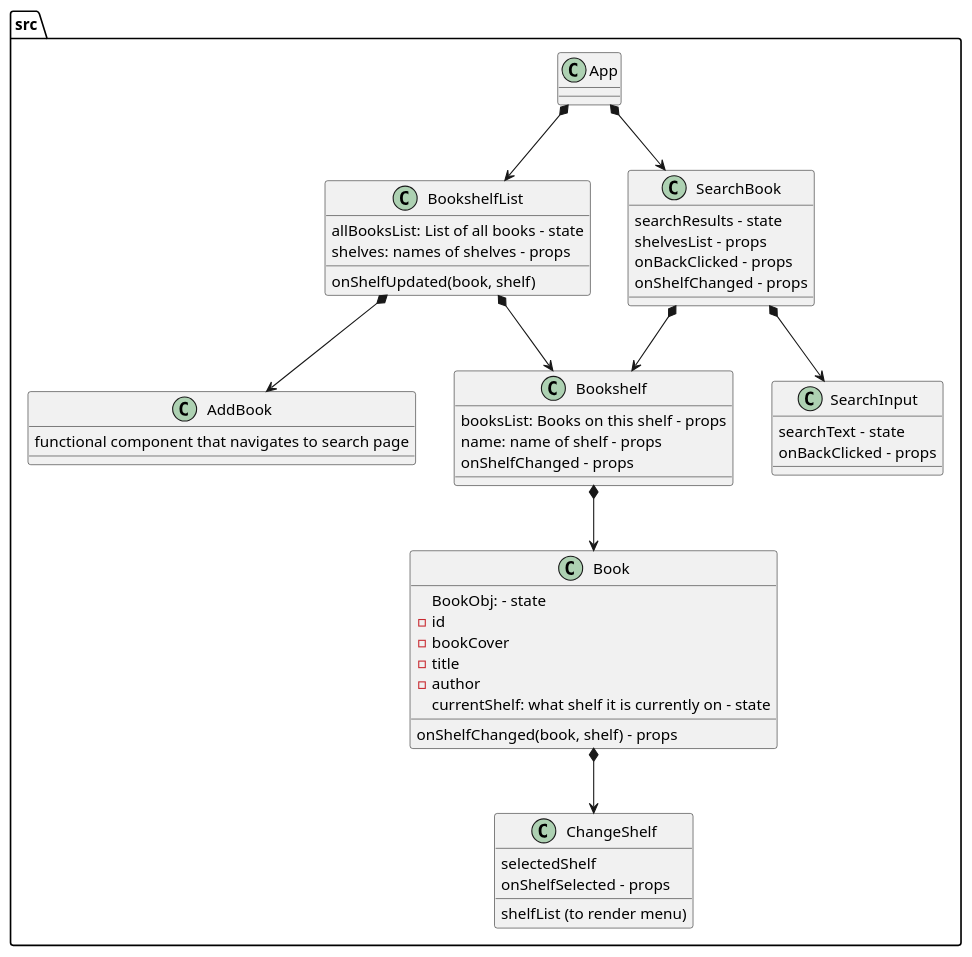
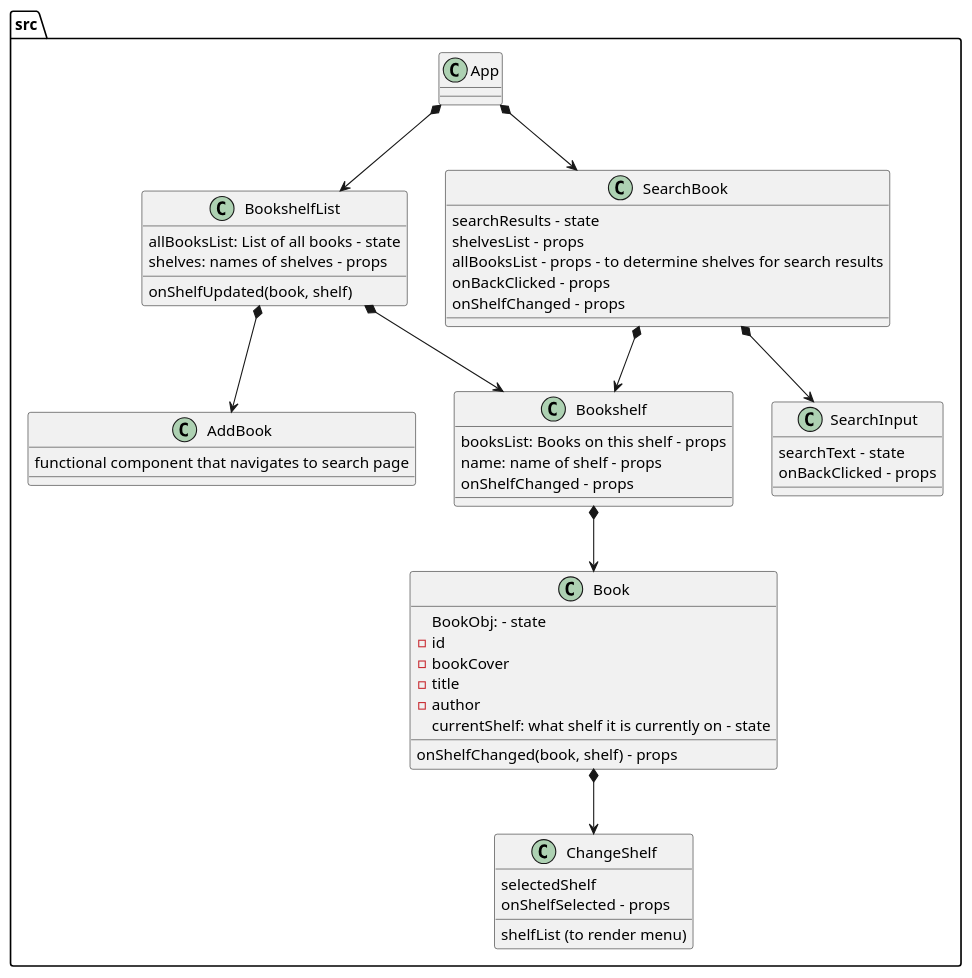
The diagram in SolutionDesign/SolutionDesign.wsd (katsa9/MyReads), drawn with PlantUML before and after one commit. The commit also changed 5 other files, not shown here.

```diff
--- a/SolutionDesign/SolutionDesign.wsd
+++ b/SolutionDesign/SolutionDesign.wsd
@@ -1,57 +1,58 @@
 @startuml myReads-solution-design
 
 package src {
   class App{
     
   }
   class BookshelfList{
     allBooksList: List of all books - state
     onShelfUpdated(book, shelf)
     shelves: names of shelves - props
   }
   class Bookshelf{
     booksList: Books on this shelf - props
     name: name of shelf - props
     onShelfChanged - props
   }
   
   class Book{
     BookObj: - state
           -id
           -bookCover
           -title
           -author
     currentShelf: what shelf it is currently on - state
     onShelfChanged(book, shelf) - props
   }
   class ChangeShelf{
     shelfList (to render menu)
     selectedShelf
     onShelfSelected - props
   }
   class AddBook{
     functional component that navigates to search page
   }
   class SearchBook{
     searchResults - state
     shelvesList - props
+    allBooksList - props - to determine shelves for search results
     onBackClicked - props
     onShelfChanged - props
   }
   class SearchInput{
     searchText - state
     onBackClicked - props
   }
 }
 
 App *--> BookshelfList
 App *--> SearchBook
 BookshelfList*--> Bookshelf
 Bookshelf *--> Book
 BookshelfList *--> AddBook
 Book *--> ChangeShelf
 SearchBook *--> SearchInput
 SearchBook *--> Bookshelf
 
 
 @enduml
```
